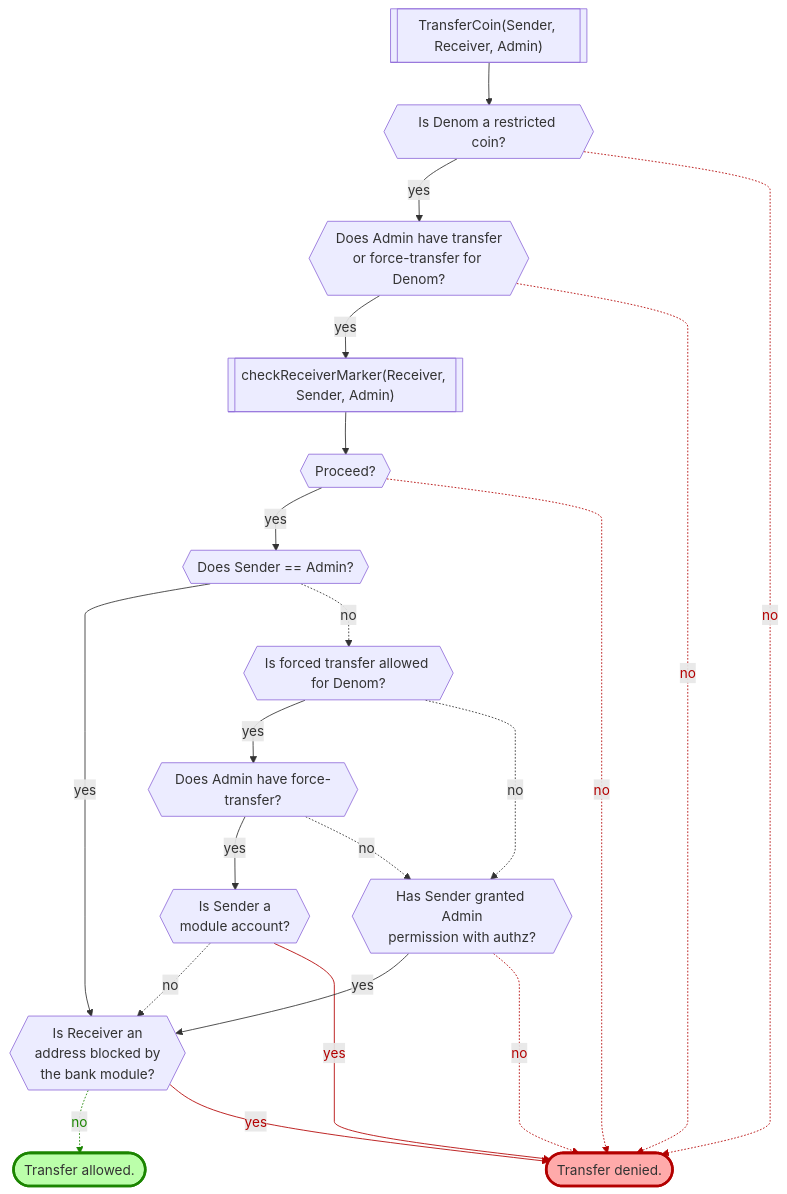
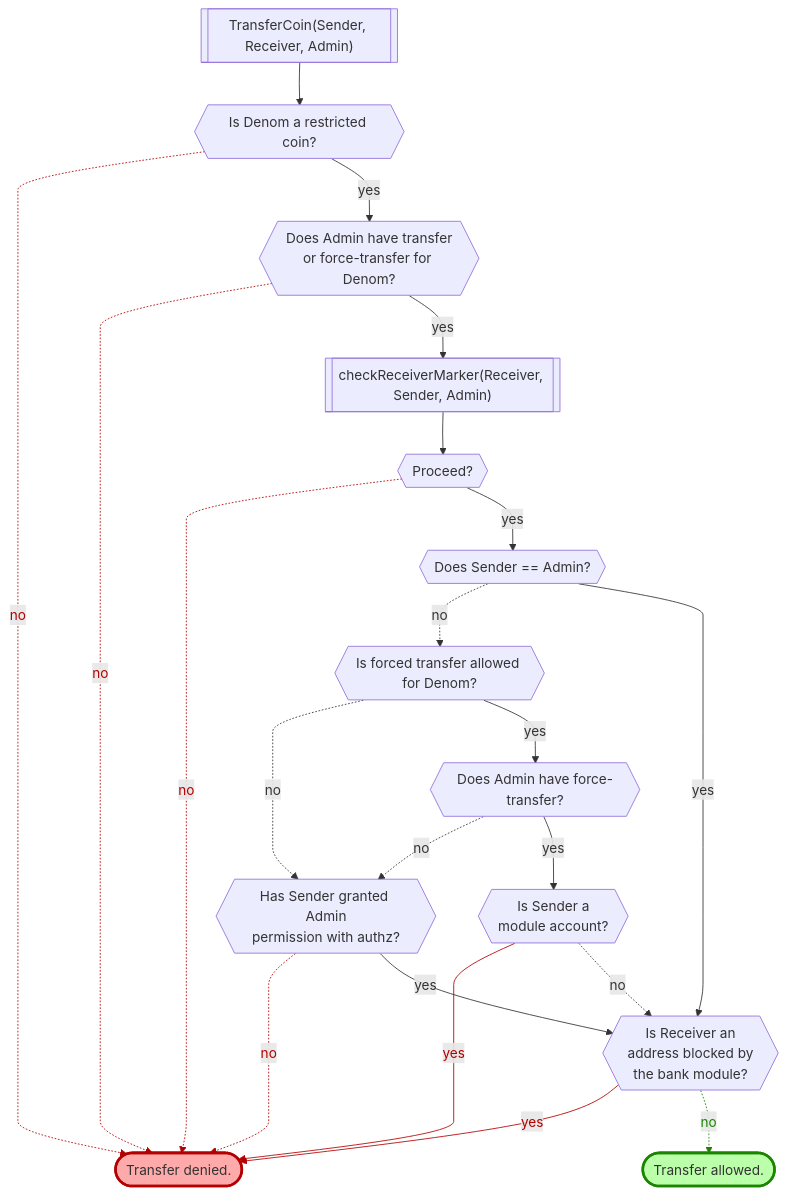
The fifth of 8 diagrams in x/marker/spec/12_transfers.md (provenance-io/provenance), drawn with Mermaid before and after one commit. The commit also changed other lines of this file, not shown here.

Commit message:
[1834]: Redo the flows so that denied is on the left for all of them. Add some links between flows.

````diff
--- a/x/marker/spec/12_transfers.md
+++ b/x/marker/spec/12_transfers.md
@@ -266,42 +266,42 @@
 ```mermaid
 %%{ init: { 'flowchart': { 'curve': 'monotoneY'} } }%%
 flowchart TD
     start[["TransferCoin(Sender, Receiver, Admin)"]]
     qisrc{{"Is Denom a restricted coin?"}}
     qhast{{"Does Admin have transfer\nor force-transfer for Denom?"}}
     crm[["checkReceiverMarker(Receiver, Sender, Admin)"]]
     iscrmbad{{"Proceed?"}}
     qadminfrom{{"Does Sender == Admin?"}}
     qallowft{{"Is forced transfer allowed for Denom?"}}
     qhasft{{"Does Admin have force-transfer?"}}
     qauthz{{"Has Sender granted Admin\npermission with authz?"}}
     qmodacc{{"Is Sender a\nmodule account?"}}
     qblocked{{"Is Receiver an\naddress blocked by\nthe bank module?"}}
     ok(["Transfer allowed."])
     style ok fill:#bbffaa,stroke:#1b8500,stroke-width:3px
     denied(["Transfer denied."])
     style denied fill:#ffaaaa,stroke:#b30000,stroke-width:3px
     start --> qisrc
+    qisrc -.->|no| denied
     qisrc -->|yes| qhast
-    qisrc -.->|no| denied
+    qhast -.->|no| denied
     qhast -->|yes| crm
-    qhast -.->|no| denied
     crm --> iscrmbad
+    iscrmbad -.->|no| denied
     iscrmbad -->|yes| qadminfrom
-    iscrmbad -.->|no| denied
+    qadminfrom -.->|no| qallowft
     qadminfrom -->|yes| qblocked
-    qadminfrom -.->|no| qallowft
+    qallowft -.->|no| qauthz
     qallowft -->|yes| qhasft
-    qallowft -.->|no| qauthz
+    qhasft -.->|no| qauthz
     qhasft -->|yes| qmodacc
-    qhasft -.->|no| qauthz
+    qmodacc -->|yes| denied
     qmodacc -.->|no| qblocked
-    qmodacc -->|yes| denied
+    qauthz -.->|no| denied
     qauthz -->|yes| qblocked
-    qauthz -.->|no| denied
+    qblocked -->|yes| denied
     qblocked -.->|no| ok
-    qblocked -->|yes| denied
 
-    linkStyle 2,4,7,15,17,19 stroke:#b30000,color:#b30000
-    linkStyle 18 stroke:#1b8500,color:#1b8500
+    linkStyle 1,3,6,14,16,18 stroke:#b30000,color:#b30000
+    linkStyle 19 stroke:#1b8500,color:#1b8500
 ```
````
